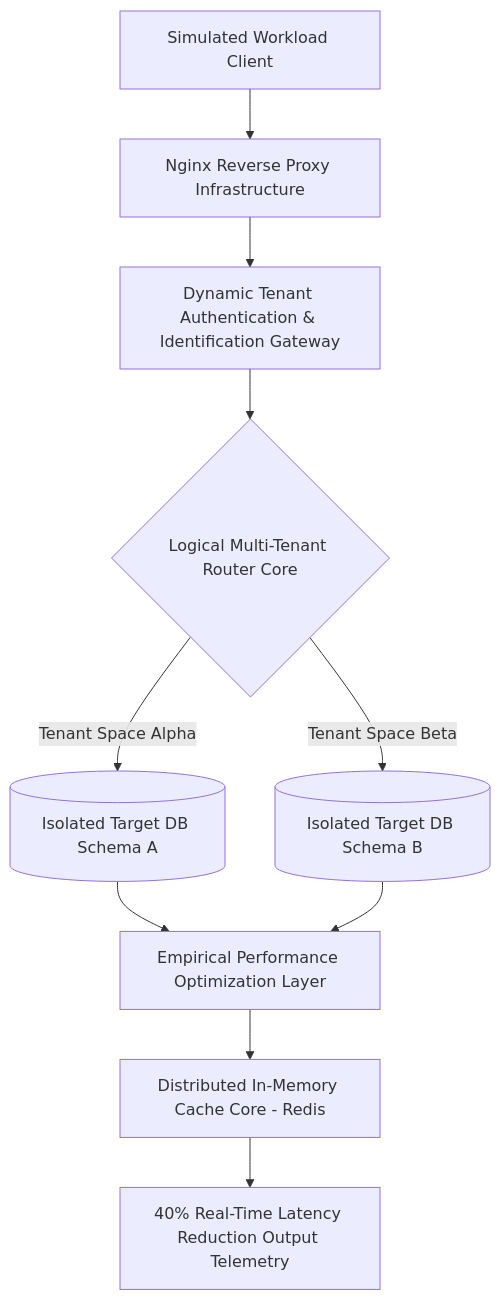
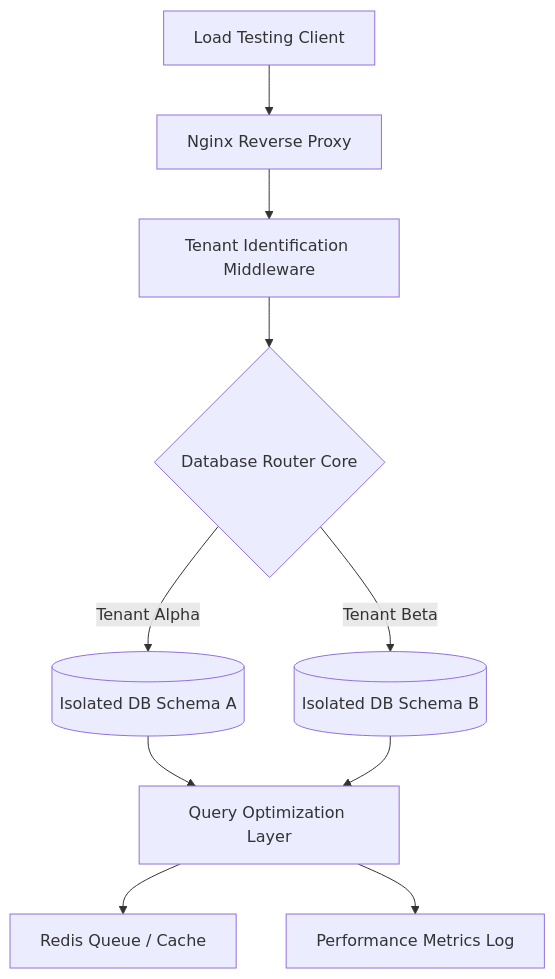
Before and after one commit to Karan-kb/Distributed-Enterprise-ERP-Core: the diagram in README.md, drawn with Mermaid. The commit also changed other lines of this file, not shown here.

````diff
--- a/README.md
+++ b/README.md
@@ -11,12 +9,12 @@
 ```mermaid
 graph TD
-    A[Simulated Workload Client] --> B[Nginx Reverse Proxy Infrastructure]
-    B --> C[Dynamic Tenant Authentication & Identification Gateway]
-    C --> D{Logical Multi-Tenant Router Core}
-    D -->|Tenant Space Alpha| E[(Isolated Target DB Schema A)]
-    D -->|Tenant Space Beta| F[(Isolated Target DB Schema B)]
-    E --> G[Empirical Performance Optimization Layer]
+    A[Load Testing Client] --> B[Nginx Reverse Proxy]
+    B --> C[Tenant Identification Middleware]
+    C --> D{Database Router Core}
+    D -->|Tenant Alpha| E[(Isolated DB Schema A)]
+    D -->|Tenant Beta| F[(Isolated DB Schema B)]
+    E --> G[Query Optimization Layer]
     F --> G
-    G --> H[Distributed In-Memory Cache Core - Redis]
-    H --> I[40% Real-Time Latency Reduction Output Telemetry]
+    G --> H[Redis Queue / Cache]
+    G --> I[Performance Metrics Log]
 ```
````
